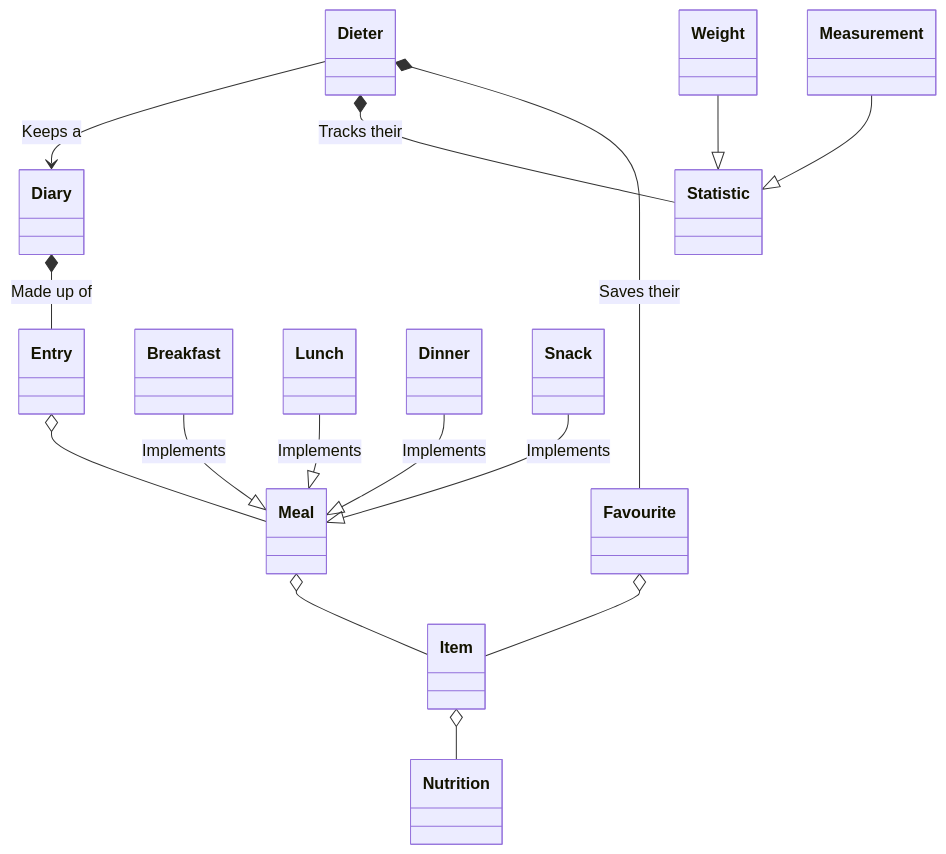
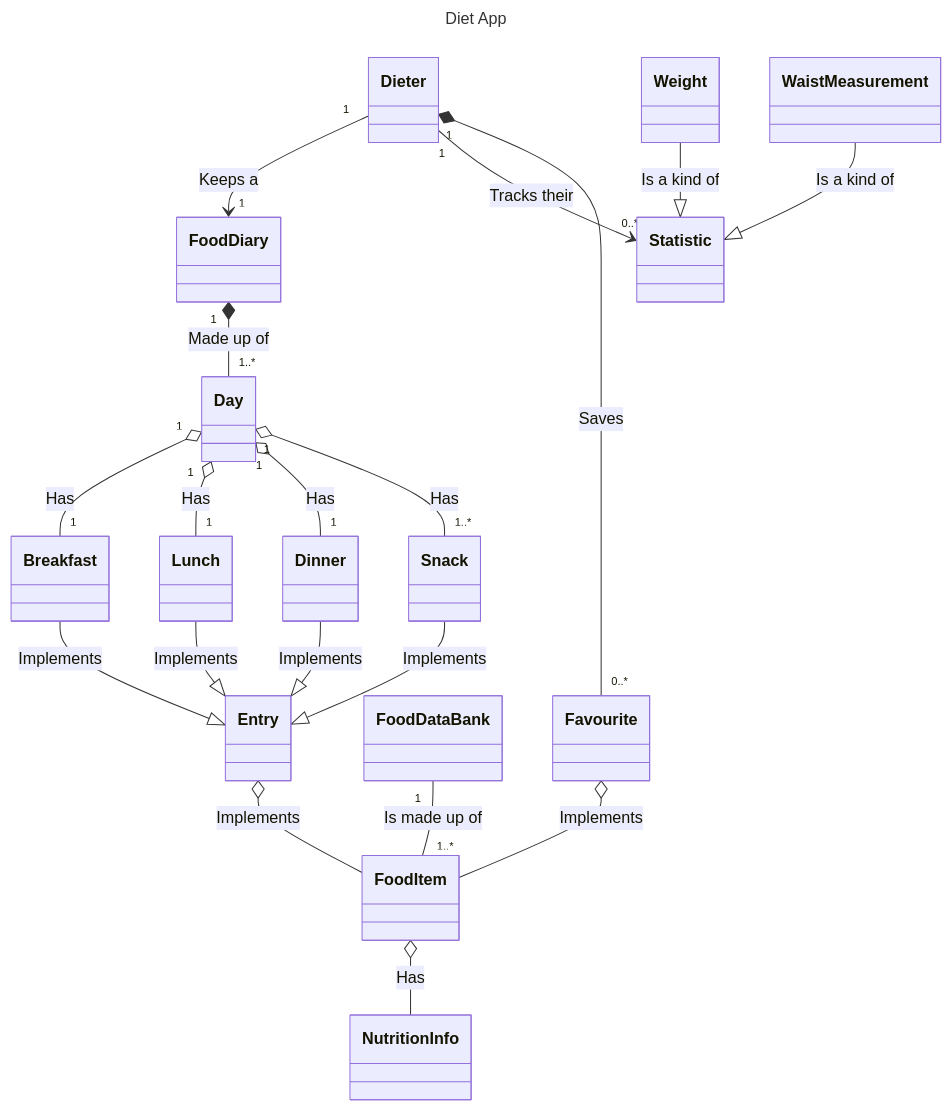
One commit to idsweb/ids-mermaiddemo changed the second of 2 diagrams in README.md. Above: the diagram before and after it, drawn with Mermaid. The commit also changed other lines of this file, not shown here.

Commit message:
Completed Chapter 2

````diff
--- a/README.md
+++ b/README.md
@@ -37,24 +37,34 @@
  ```mermaid
+ ---
+ title: Diet App
+ ---
 classDiagram-v2
-    Dieter --> Diary : Keeps a
-    Dieter *-- Statistic : Tracks their
-    Dieter *-- Favourite : Saves their
+    Dieter "1" --> "1" FoodDiary : Keeps a
+    Dieter "1" --> "0..*" Statistic : Tracks their
+    Dieter "1" *-- "0..*" Favourite : Saves 
+    
+    FoodDataBank "1" -- "1..*" FoodItem : Is made up of
 
-    Diary *-- Entry : Made up of
+    FoodDiary "1" *-- "1..*" Day : Made up of
 
-    Meal o-- Item
+    Entry o-- FoodItem : Implements
 
-    Breakfast --|> Meal : Implements
-    Lunch --|> Meal : Implements
-    Dinner --|> Meal : Implements
-    Snack --|> Meal : Implements
+    Breakfast --|> Entry : Implements
+    Lunch --|> Entry : Implements
+    Dinner --|> Entry : Implements
+    Snack --|> Entry : Implements
 
-    Favourite o-- Item
+    Day "1" o-- "1" Breakfast  : Has
+    Day "1" o-- "1" Lunch : Has
+    Day "1" o-- "1" Dinner : Has
+    Day "1" o-- "1..*" Snack : Has
 
-    Item o-- Nutrition
+    Favourite o-- FoodItem : Implements
+
+    FoodItem o-- NutritionInfo : Has
     
-    Weight --|> Statistic
-    Measurement --|> Statistic
+    Weight --|> Statistic : Is a kind of
+    WaistMeasurement --|> Statistic : Is a kind of
 
-    Entry o-- Meal
+    
  ```
````
